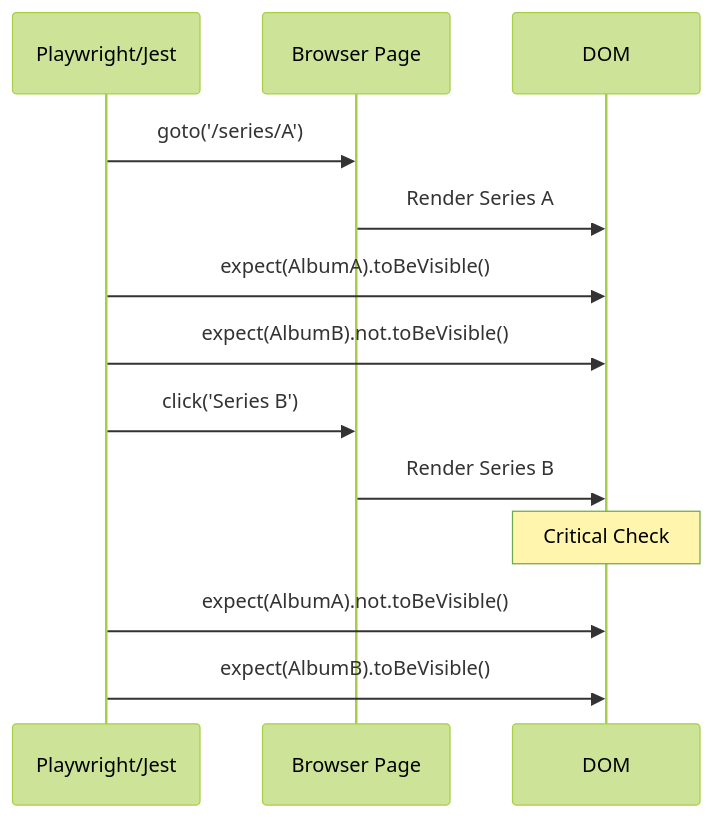
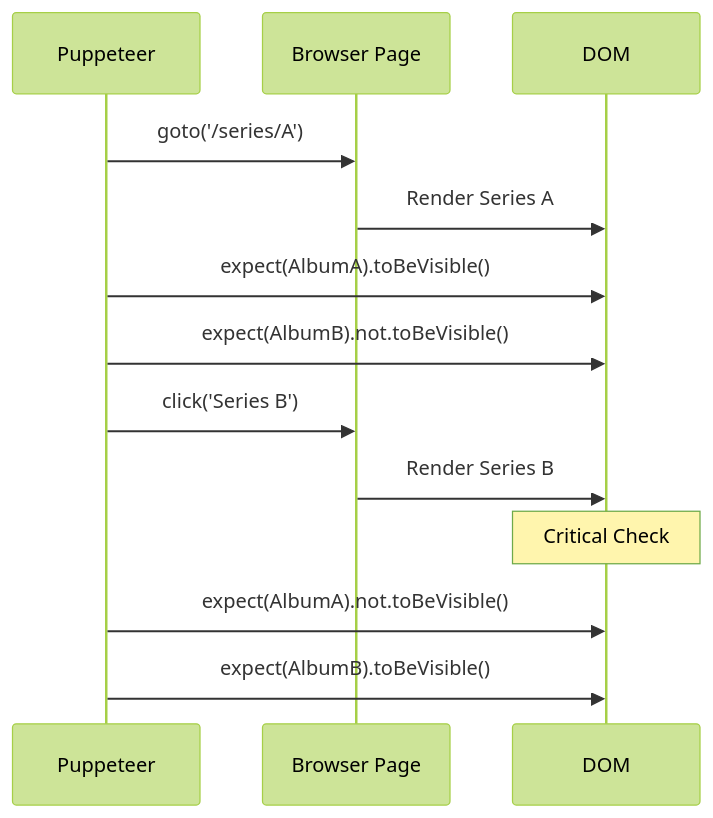
Before and after one commit to maujrp99/MJRP_AlbumsBalancedPlaylists_v0: the diagram in docs/manual/24_Test_Suite.md, drawn with Mermaid (forest theme). The commit also changed other lines of this file and 22 other files, not shown here.

````diff
--- a/docs/manual/24_Test_Suite.md
+++ b/docs/manual/24_Test_Suite.md
@@ -54,18 +60,18 @@
 ```mermaid
 sequenceDiagram
-    participant Test as Playwright/Jest
+    participant Test as Puppeteer
     participant Page as Browser Page
     participant DOM
 
     Test->>Page: goto('/series/A')
     Page->>DOM: Render Series A
     Test->>DOM: expect(AlbumA).toBeVisible()
     Test->>DOM: expect(AlbumB).not.toBeVisible()
     
     Test->>Page: click('Series B')
     Page->>DOM: Render Series B
     
     Note over DOM: Critical Check
     Test->>DOM: expect(AlbumA).not.toBeVisible()
     Test->>DOM: expect(AlbumB).toBeVisible()
 ```
````
